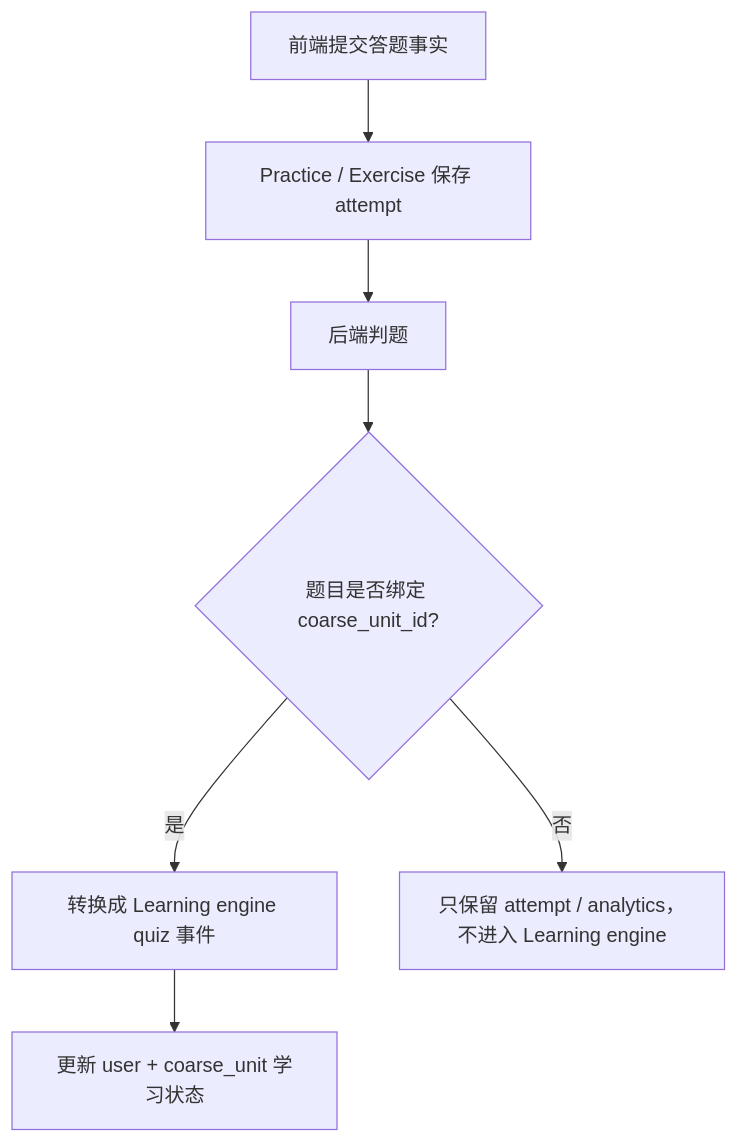
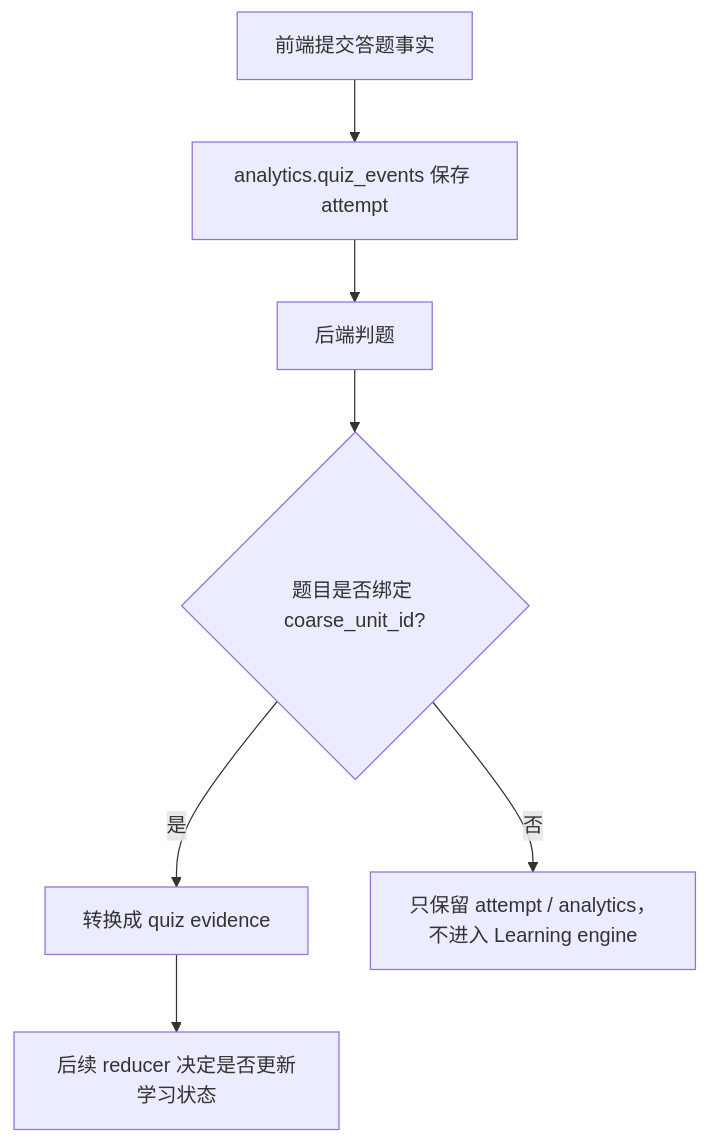
The tenth of 13 diagrams in docs/学习互动信号语义设计.md (bionicotaku/learning-video-recommendation-system), drawn with Mermaid before and after one commit. The commit also changed other lines of this file and 5 other files, not shown here.

````diff
--- a/docs/学习互动信号语义设计.md
+++ b/docs/学习互动信号语义设计.md
@@ -306,9 +496,9 @@
 ```mermaid
 flowchart TD
-    A["前端提交答题事实"] --> B["Practice / Exercise 保存 attempt"]
+    A["前端提交答题事实"] --> B["analytics.quiz_events 保存 attempt"]
     B --> C["后端判题"]
     C --> D{"题目是否绑定 coarse_unit_id?"}
-    D -->|是| E["转换成 Learning engine quiz 事件"]
+    D -->|是| E["转换成 quiz evidence"]
     D -->|否| F["只保留 attempt / analytics，不进入 Learning engine"]
-    E --> G["更新 user + coarse_unit 学习状态"]
+    E --> G["后续 reducer 决定是否更新学习状态"]
 ```
````
